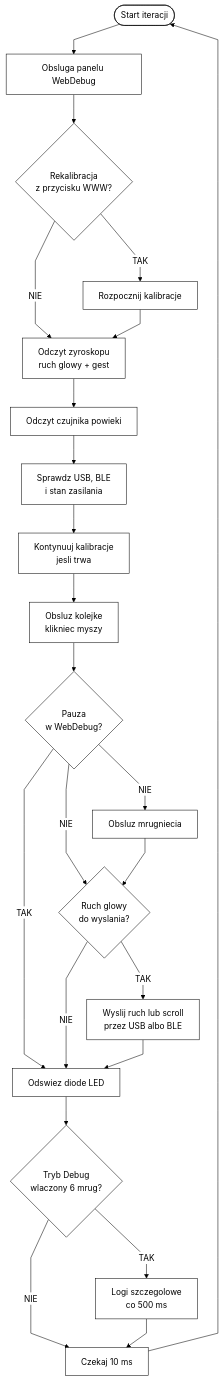
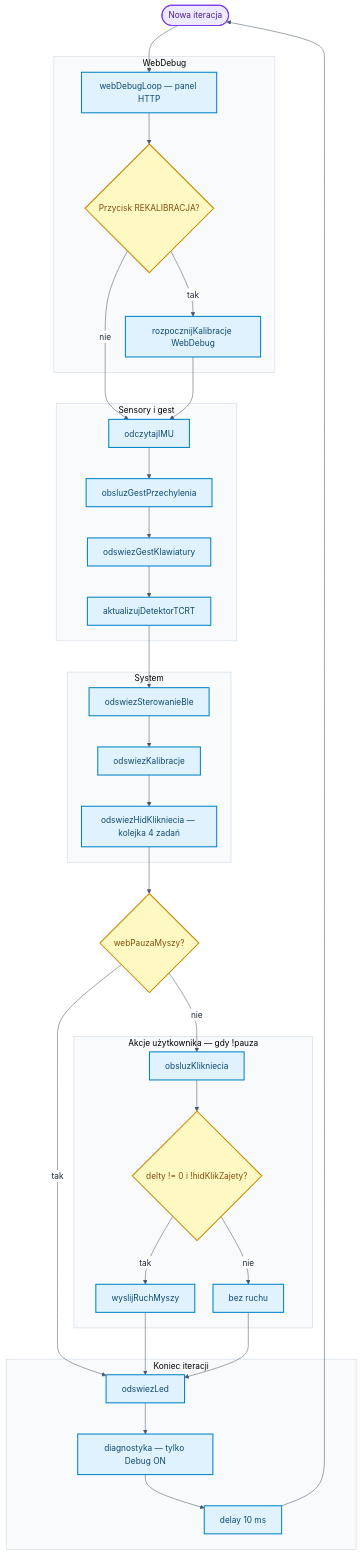
Before and after one commit to bartkadres-ai/HEFAS-4.0: the third of 10 diagrams in README.md, drawn with Mermaid. The commit also changed other lines of this file, not shown here.

````diff
--- a/README.md
+++ b/README.md
@@ -344,26 +346,67 @@
 ```mermaid
-%%{init: {'theme':'base','themeVariables':{'background':'#ffffff','mainBkg':'#ffffff','primaryColor':'#ffffff','primaryTextColor':'#000000','primaryBorderColor':'#000000','lineColor':'#000000','edgeLabelBackground':'#ffffff'},'flowchart':{'curve':'linear','nodeSpacing':30,'rankSpacing':55}}}%%
+%%{init: {'theme':'base','themeVariables':{'background':'#ffffff','mainBkg':'#ffffff','primaryColor':'#ffffff','primaryTextColor':'#1e293b','primaryBorderColor':'#64748b','lineColor':'#475569','clusterBkg':'#f8fafc','clusterBorder':'#cbd5e1','edgeLabelBackground':'#ffffff'},'flowchart':{'curve':'basis','nodeSpacing':35,'rankSpacing':60}}}%%
 flowchart TD
-    A([Start iteracji]) --> B[Obsluga panelu WebDebug]
-    B --> C{Rekalibracja<br/>z przycisku WWW?}
-    C -->|TAK| D[Rozpocznij kalibracje]
-    C -->|NIE| E
-    D --> E[Odczyt zyroskopu<br/>ruch glowy + gest]
-    E --> F[Odczyt czujnika powieki]
-    F --> G[Sprawdz USB, BLE<br/>i stan zasilania]
-    G --> H[Kontynuuj kalibracje<br/>jesli trwa]
-    H --> I[Obsluz kolejke<br/>klikniec myszy]
-    I --> J{Pauza<br/>w WebDebug?}
-    J -->|NIE| K[Obsluz mrugniecia]
-    J -->|NIE| L{Ruch glowy<br/>do wyslania?}
-    K --> L
-    J -->|TAK| M
-    L -->|TAK| N[Wyslij ruch lub scroll<br/>przez USB albo BLE]
-    L -->|NIE| M[Odswiez diode LED]
-    N --> M
-    M --> O{Tryb Debug<br/>wlaczony 6 mrug?}
-    O -->|TAK| P[Logi szczegolowe<br/>co 500 ms]
-    O -->|NIE| Q
-    P --> Q[Czekaj 10 ms]
-    Q --> A
+    START([Nowa iteracja]) --> W1
+
+    subgraph WEBDBG["WebDebug"]
+        W1[webDebugLoop — panel HTTP]
+        W2{Przycisk REKALIBRACJA?}
+        W3[rozpocznijKalibracje WebDebug]
+        W1 --> W2
+        W2 -->|tak| W3
+    end
+
+    W2 -->|nie| S1
+    W3 --> S1
+
+    subgraph SENS["Sensory i gest"]
+        S1[odczytajIMU]
+        S2[obsluzGestPrzechylenia]
+        S3[odswiezGestKlawiatury]
+        S4[aktualizujDetektorTCRT]
+        S1 --> S2 --> S3 --> S4
+    end
+
+    S4 --> Y1
+
+    subgraph SYS["System"]
+        Y1[odswiezSterowanieBle]
+        Y2[odswiezKalibracje]
+        Y3[odswiezHidKlikniecia — kolejka 4 zadań]
+        Y1 --> Y2 --> Y3
+    end
+
+    Y3 --> PAUZA{webPauzaMyszy?}
+
+    PAUZA -->|nie| A1
+    PAUZA -->|tak| L1
+
+    subgraph ACT["Akcje użytkownika — gdy !pauza"]
+        A1[obsluzKlikniecia]
+        A2{delty != 0 i !hidKlikZajety?}
+        A3[wyslijRuchMyszy]
+        A4[bez ruchu]
+        A1 --> A2
+        A2 -->|tak| A3
+        A2 -->|nie| A4
+    end
+
+    A3 --> L1
+    A4 --> L1
+
+    subgraph KONIEC["Koniec iteracji"]
+        L1[odswiezLed]
+        L2[diagnostyka — tylko Debug ON]
+        L3[delay 10 ms]
+        L1 --> L2 --> L3
+    end
+
+    L3 --> START
+
+    classDef startEnd fill:#ede9fe,stroke:#7c3aed,stroke-width:2px,color:#4c1d95
+    classDef process fill:#e0f2fe,stroke:#0284c7,stroke-width:2px,color:#0c4a6e
+    classDef decision fill:#fef9c3,stroke:#ca8a04,stroke-width:2px,color:#854d0e
+    class START startEnd
+    class W1,W3,S1,S2,S3,S4,Y1,Y2,Y3,A1,A3,A4,L1,L2,L3 process
+    class W2,PAUZA,A2 decision
 ```
````
